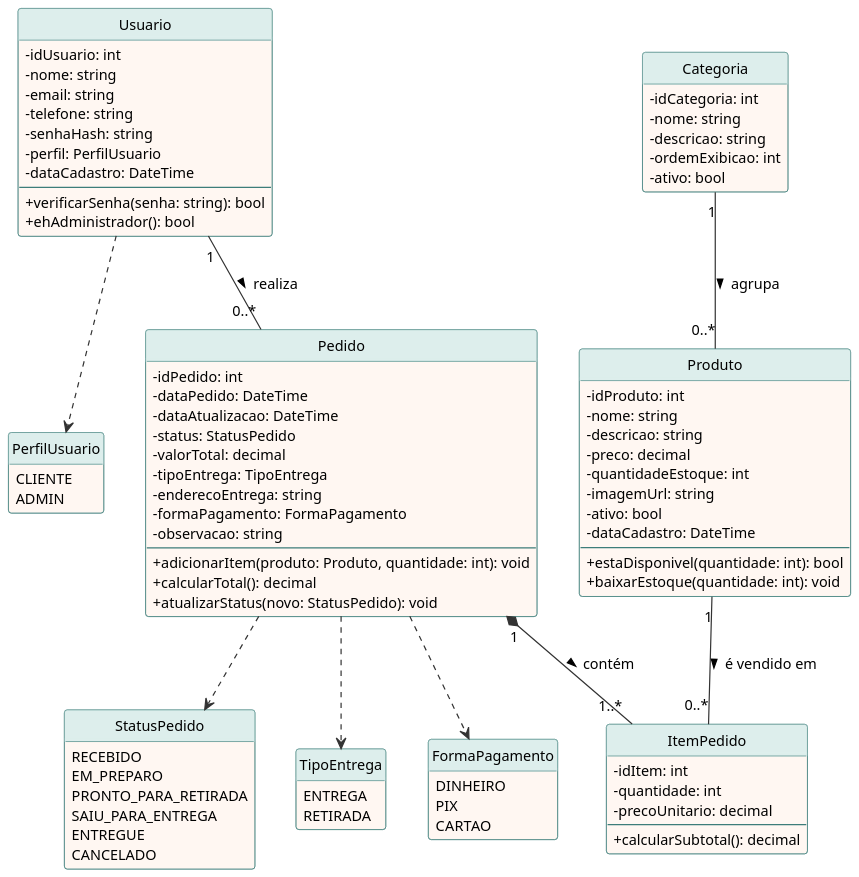
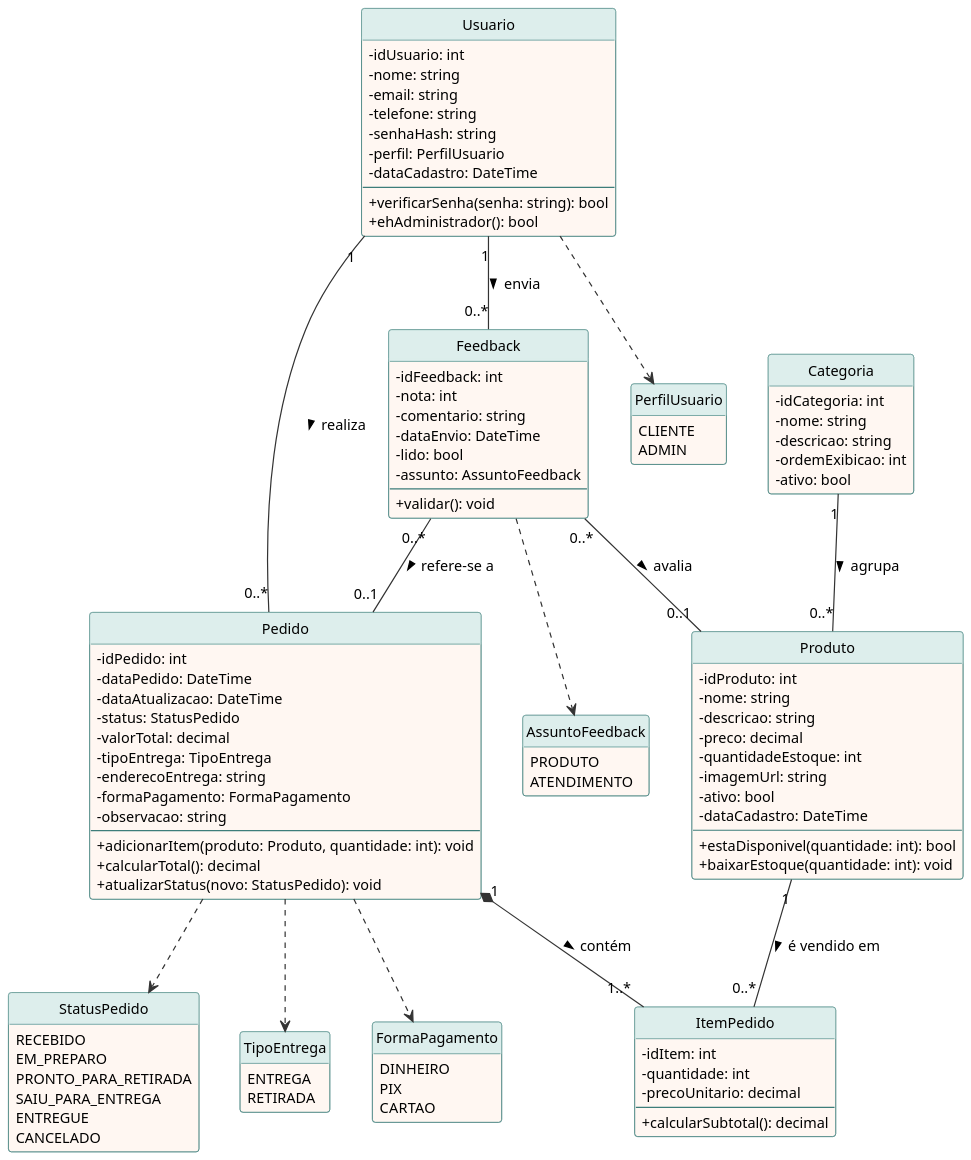
One commit to dennyerr0r404/pit-cupcakes changed the diagram in docs/diagramas/classes.puml. Above: the diagram before and after it, drawn with PlantUML. The commit also changed 76 other files, not shown here.

```diff
--- a/docs/diagramas/classes.puml
+++ b/docs/diagramas/classes.puml
@@ -1,109 +1,129 @@
 @startuml classes
 skinparam dpi 150
 skinparam shadowing false
 skinparam defaultFontName Arial
 skinparam defaultFontSize 12
 skinparam classAttributeIconSize 0
 skinparam class {
   BackgroundColor #FFF7F2
   BorderColor #3D7D7A
   ArrowColor #333333
   HeaderBackgroundColor #DDEEEC
 }
 hide circle
 hide empty members
 
 class Usuario {
   - idUsuario: int
   - nome: string
   - email: string
   - telefone: string
   - senhaHash: string
   - perfil: PerfilUsuario
   - dataCadastro: DateTime
   --
   + verificarSenha(senha: string): bool
   + ehAdministrador(): bool
 }
 
 class Categoria {
   - idCategoria: int
   - nome: string
   - descricao: string
   - ordemExibicao: int
   - ativo: bool
 }
 
 class Produto {
   - idProduto: int
   - nome: string
   - descricao: string
   - preco: decimal
   - quantidadeEstoque: int
   - imagemUrl: string
   - ativo: bool
   - dataCadastro: DateTime
   --
   + estaDisponivel(quantidade: int): bool
   + baixarEstoque(quantidade: int): void
 }
 
 class Pedido {
   - idPedido: int
   - dataPedido: DateTime
   - dataAtualizacao: DateTime
   - status: StatusPedido
   - valorTotal: decimal
   - tipoEntrega: TipoEntrega
   - enderecoEntrega: string
   - formaPagamento: FormaPagamento
   - observacao: string
   --
   + adicionarItem(produto: Produto, quantidade: int): void
   + calcularTotal(): decimal
   + atualizarStatus(novo: StatusPedido): void
 }
 
 class ItemPedido {
   - idItem: int
   - quantidade: int
   - precoUnitario: decimal
   --
   + calcularSubtotal(): decimal
 }
 
+class Feedback {
+  - idFeedback: int
+  - nota: int
+  - comentario: string
+  - dataEnvio: DateTime
+  - lido: bool
+  - assunto: AssuntoFeedback
+  --
+  + validar(): void
+}
+
+enum AssuntoFeedback {
+  PRODUTO
+  ATENDIMENTO
+}
+
 enum PerfilUsuario {
   CLIENTE
   ADMIN
 }
 
 enum StatusPedido {
   RECEBIDO
   EM_PREPARO
   PRONTO_PARA_RETIRADA
   SAIU_PARA_ENTREGA
   ENTREGUE
   CANCELADO
 }
 
 enum TipoEntrega {
   ENTREGA
   RETIRADA
 }
 
 enum FormaPagamento {
   DINHEIRO
   PIX
   CARTAO
 }
 
 Usuario "1" -- "0..*" Pedido : realiza >
 Pedido "1" *-- "1..*" ItemPedido : contém >
 Produto "1" -- "0..*" ItemPedido : é vendido em >
 Categoria "1" -- "0..*" Produto : agrupa >
 
+Usuario "1" -- "0..*" Feedback : envia >
+Feedback "0..*" -- "0..1" Produto : avalia >
+Feedback "0..*" -- "0..1" Pedido : refere-se a >
+Feedback ..> AssuntoFeedback
 Usuario ..> PerfilUsuario
 Pedido ..> StatusPedido
 Pedido ..> TipoEntrega
 Pedido ..> FormaPagamento
 @enduml
```
